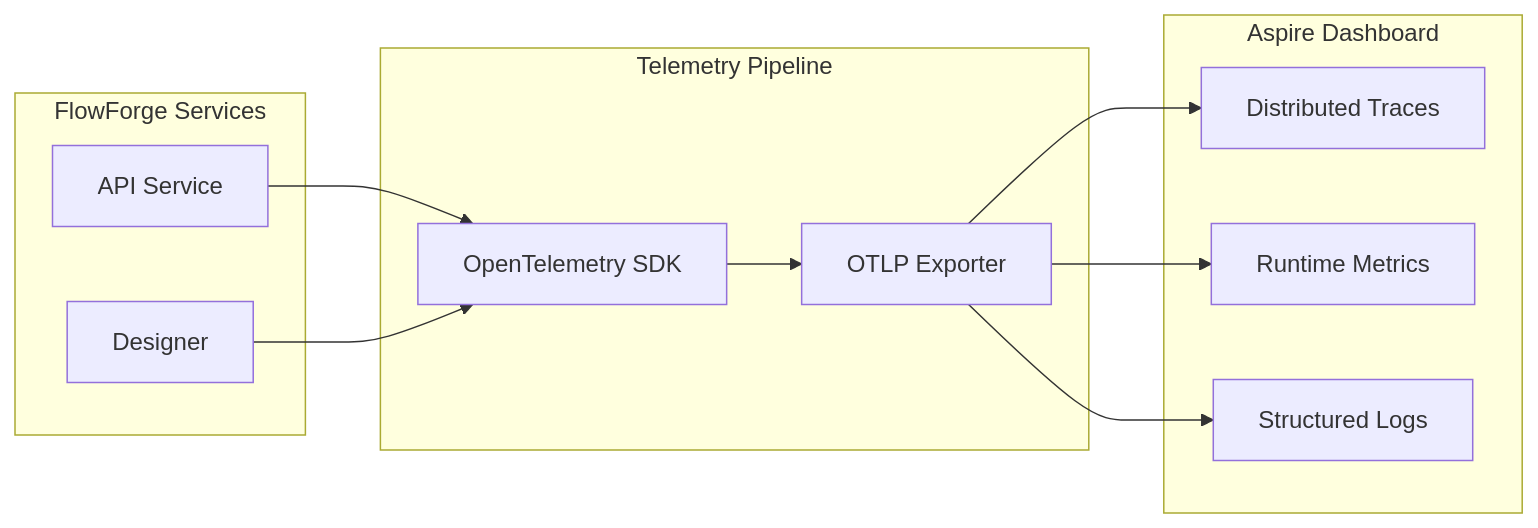
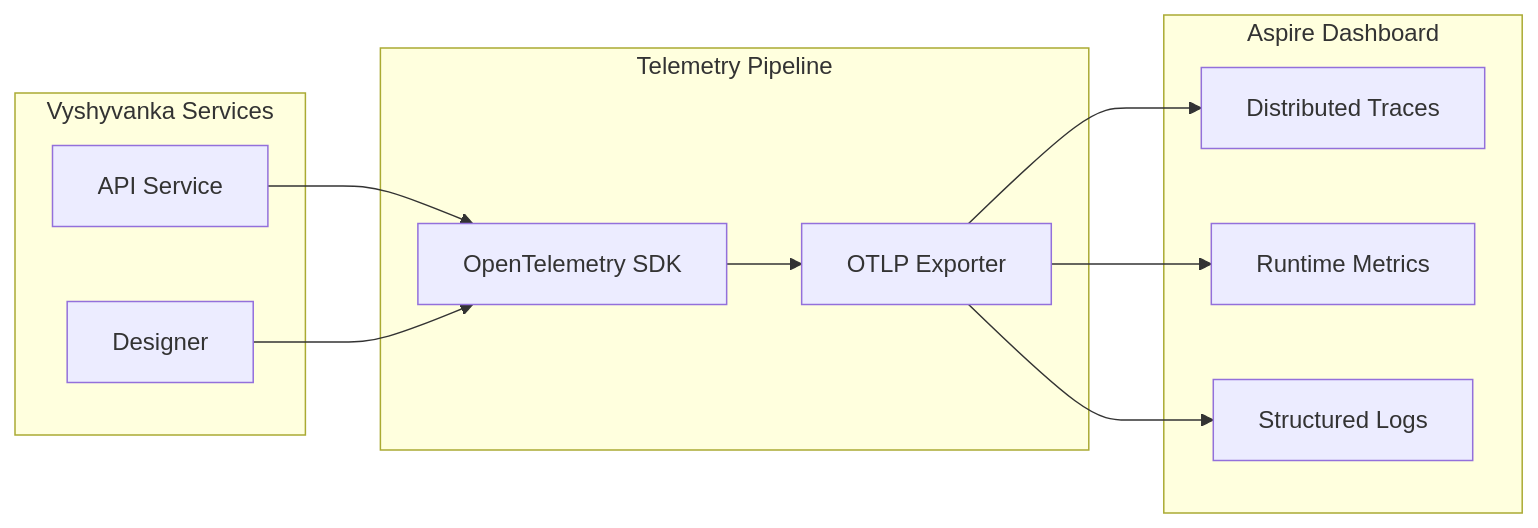
One commit to homolibere/Vyshyvanka changed the first of 2 diagrams in docs/10-observability-and-testing.md. Above: the diagram before and after it, drawn with Mermaid. The commit also changed other lines of this file and 825 other files, not shown here.

Commit message:
chore: rebrand FlowForge to Vyshyvanka across codebase

````diff
--- a/docs/10-observability-and-testing.md
+++ b/docs/10-observability-and-testing.md
@@ -9,25 +9,25 @@
 ```mermaid
 flowchart LR
-    subgraph "FlowForge Services"
+    subgraph "Vyshyvanka Services"
         API["API Service"]
         Designer["Designer"]
     end
 
     subgraph "Telemetry Pipeline"
         OTEL["OpenTelemetry SDK"]
         Exporter["OTLP Exporter"]
     end
 
     subgraph "Aspire Dashboard"
         Traces["Distributed Traces"]
         Metrics["Runtime Metrics"]
         Logs["Structured Logs"]
     end
 
     API --> OTEL
     Designer --> OTEL
     OTEL --> Exporter
     Exporter --> Traces
     Exporter --> Metrics
     Exporter --> Logs
 ```
````
